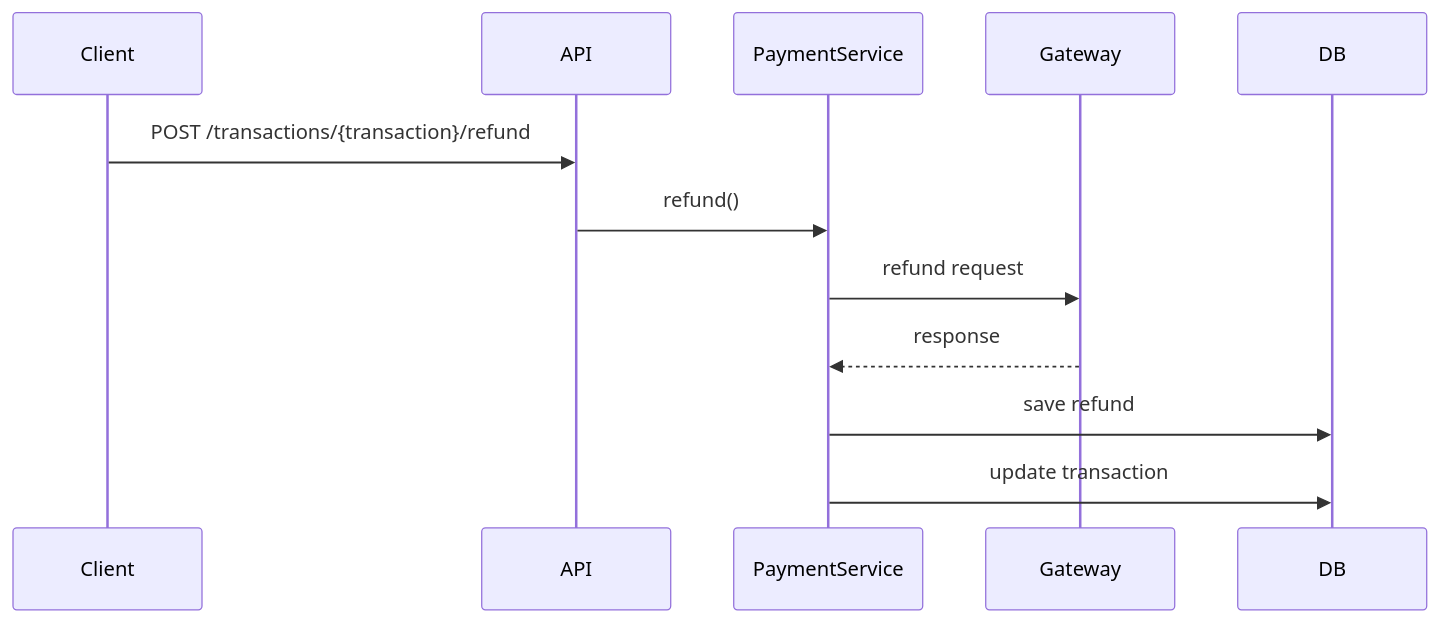
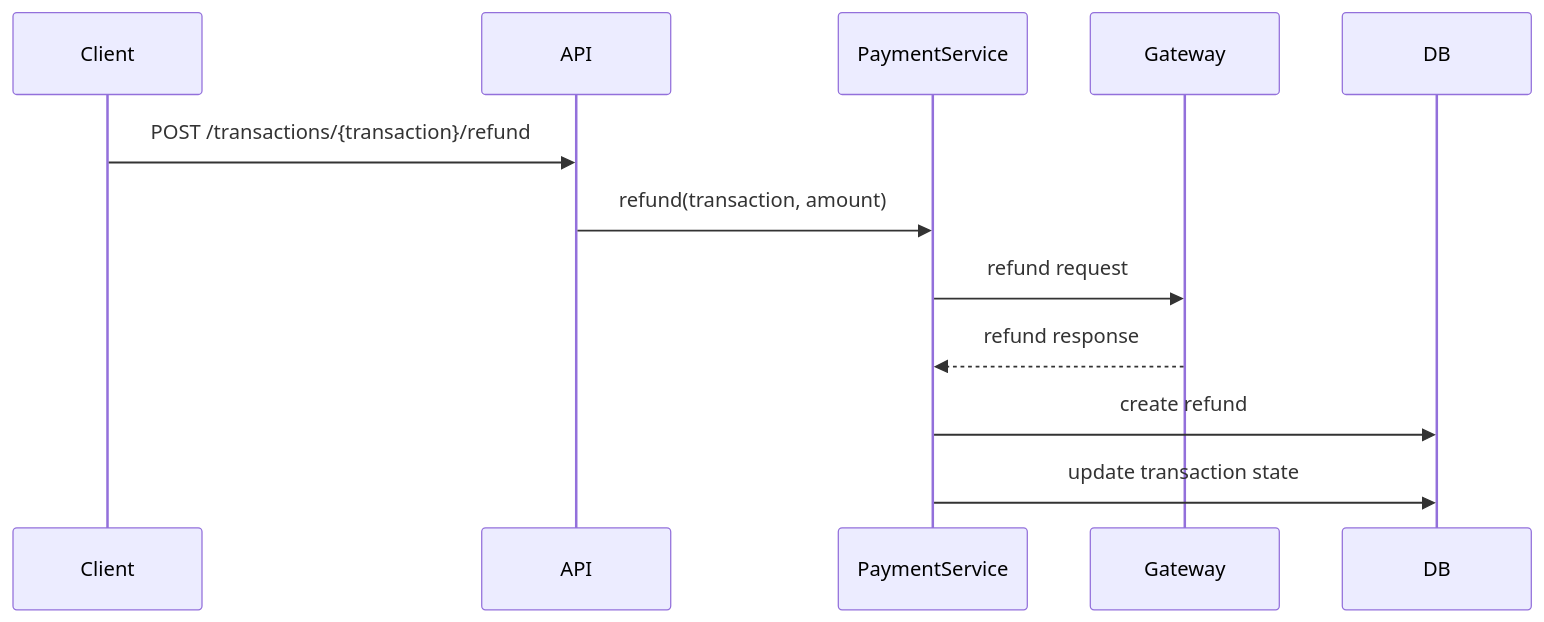
Before and after one commit to Henri-Di/bemobile-backend-challenge: the fourth of 4 diagrams in README.md, drawn with Mermaid. The commit also changed other lines of this file, not shown here.

````diff
--- a/README.md
+++ b/README.md
@@ -322,18 +640,18 @@
 ```mermaid
 sequenceDiagram
 
 participant Client
 participant API
 participant PaymentService
 participant Gateway
 participant DB
 
 Client->>API: POST /transactions/{transaction}/refund
-API->>PaymentService: refund()
+API->>PaymentService: refund(transaction, amount)
 
 PaymentService->>Gateway: refund request
-Gateway-->>PaymentService: response
+Gateway-->>PaymentService: refund response
 
-PaymentService->>DB: save refund
-PaymentService->>DB: update transaction
+PaymentService->>DB: create refund
+PaymentService->>DB: update transaction state
 ```
````
